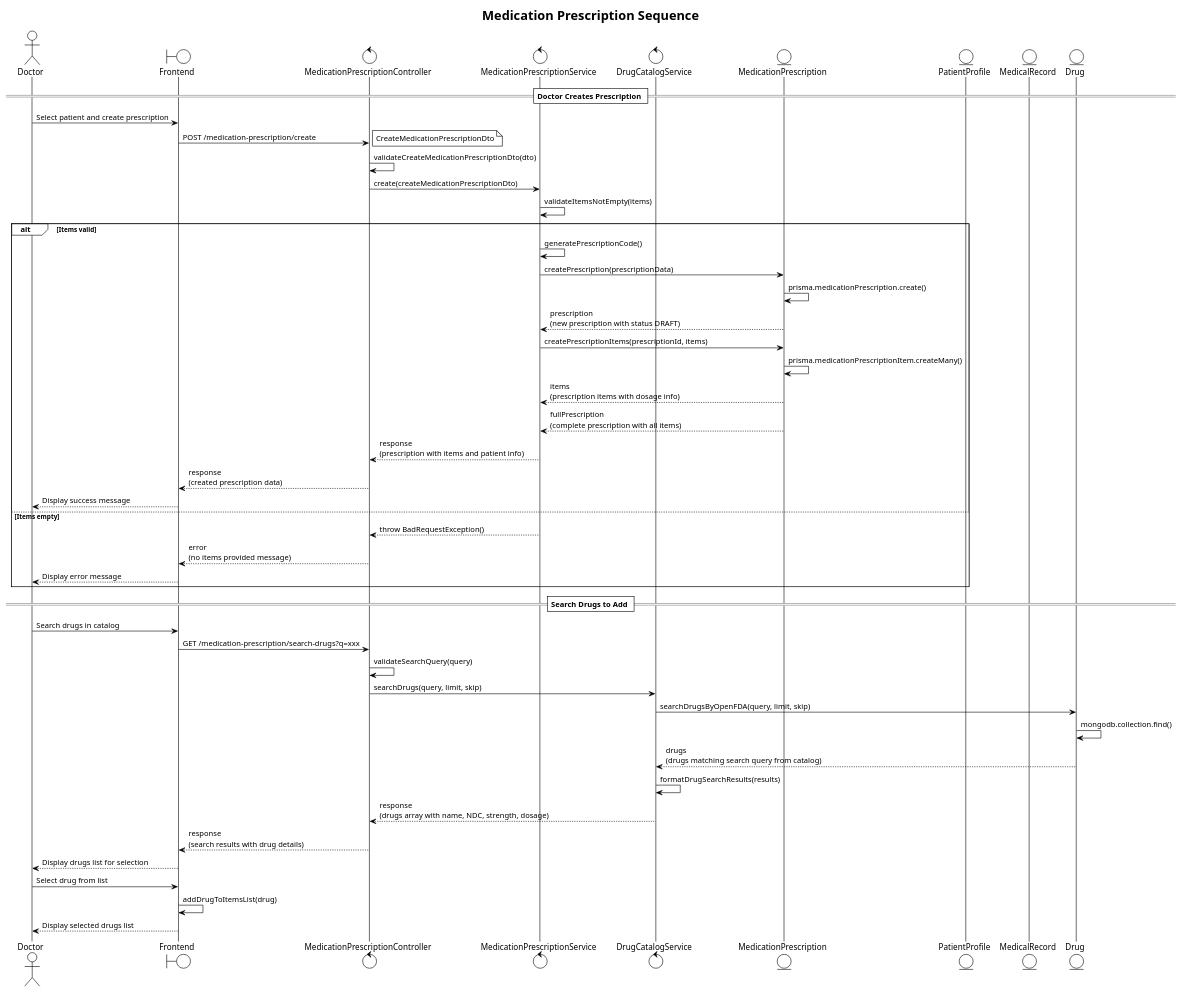
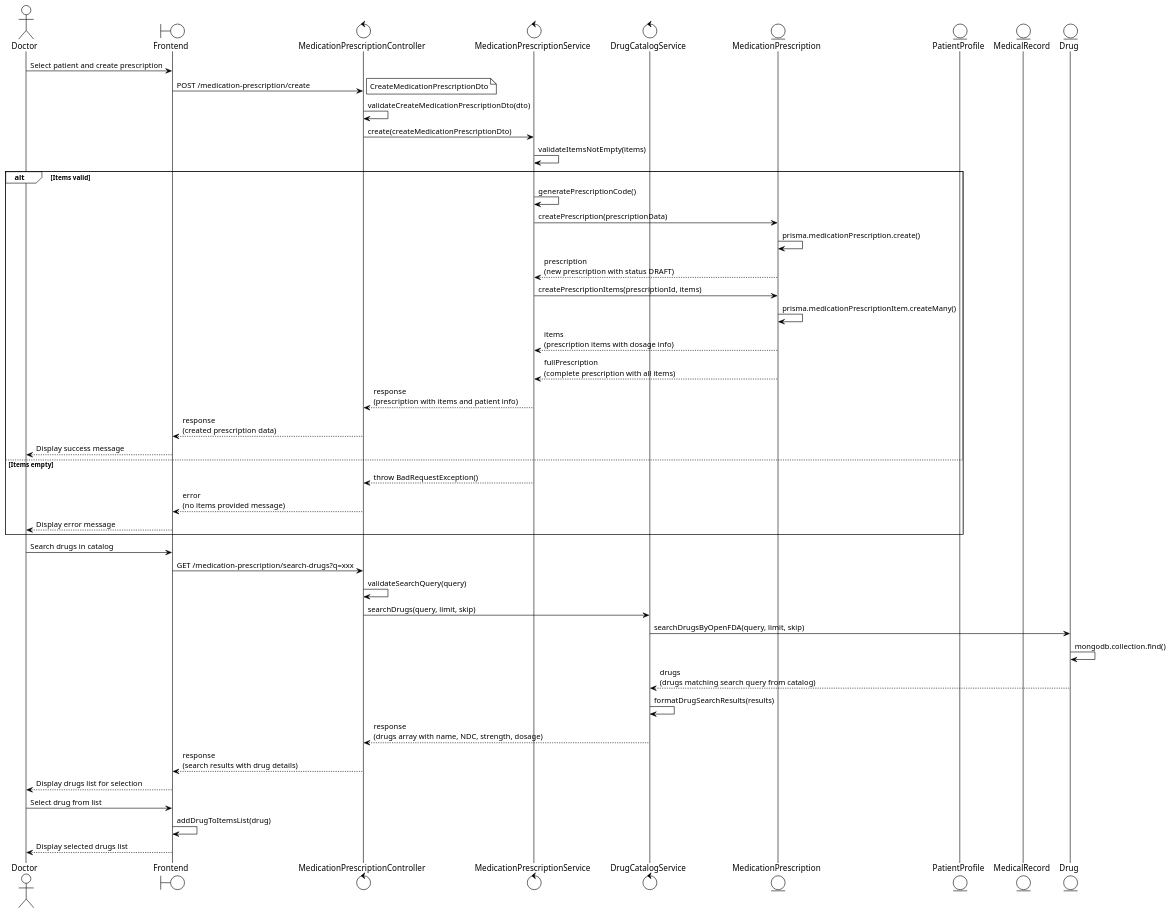
One commit to iamKhang/revita-be changed the diagram in docs/medication-prescription-sequence.puml. Above: the diagram before and after it, drawn with PlantUML. The commit also changed 17 other files, not shown here.

```diff
--- a/docs/medication-prescription-sequence.puml
+++ b/docs/medication-prescription-sequence.puml
@@ -1,63 +1,58 @@
 @startuml Medication Prescription Sequence Diagram
 !theme plain
-title Medication Prescription Sequence
 
 actor "Doctor" as D
 boundary "Frontend" as F
 control "MedicationPrescriptionController" as C
 control "MedicationPrescriptionService" as M
 control "DrugCatalogService" as DC
 entity "MedicationPrescription" as MP
 entity "PatientProfile" as PP
 entity "MedicalRecord" as MR
 entity "Drug" as DR
-
-== Doctor Creates Prescription ==
 
 D -> F: Select patient and create prescription
 F -> C: POST /medication-prescription/create
 note right: CreateMedicationPrescriptionDto
 C -> C: validateCreateMedicationPrescriptionDto(dto)
 C -> M: create(createMedicationPrescriptionDto)
 M -> M: validateItemsNotEmpty(items)
 
 alt Items valid
   M -> M: generatePrescriptionCode()
   M -> MP: createPrescription(prescriptionData)
   MP -> MP: prisma.medicationPrescription.create()
   MP --> M: prescription\n(new prescription with status DRAFT)
   
   M -> MP: createPrescriptionItems(prescriptionId, items)
   MP -> MP: prisma.medicationPrescriptionItem.createMany()
   MP --> M: items\n(prescription items with dosage info)
   MP --> M: fullPrescription\n(complete prescription with all items)
   
   M --> C: response\n(prescription with items and patient info)
   C --> F: response\n(created prescription data)
   F --> D: Display success message
   
 else Items empty
   M --> C: throw BadRequestException()
   C --> F: error\n(no items provided message)
   F --> D: Display error message
 end
 
-== Search Drugs to Add ==
-
 D -> F: Search drugs in catalog
 F -> C: GET /medication-prescription/search-drugs?q=xxx
 C -> C: validateSearchQuery(query)
 C -> DC: searchDrugs(query, limit, skip)
 DC -> DR: searchDrugsByOpenFDA(query, limit, skip)
 DR -> DR: mongodb.collection.find()
 DR --> DC: drugs\n(drugs matching search query from catalog)
 DC -> DC: formatDrugSearchResults(results)
 DC --> C: response\n(drugs array with name, NDC, strength, dosage)
 C --> F: response\n(search results with drug details)
 F --> D: Display drugs list for selection
 
 D -> F: Select drug from list
 F -> F: addDrugToItemsList(drug)
 F --> D: Display selected drugs list
 
 @enduml
```
